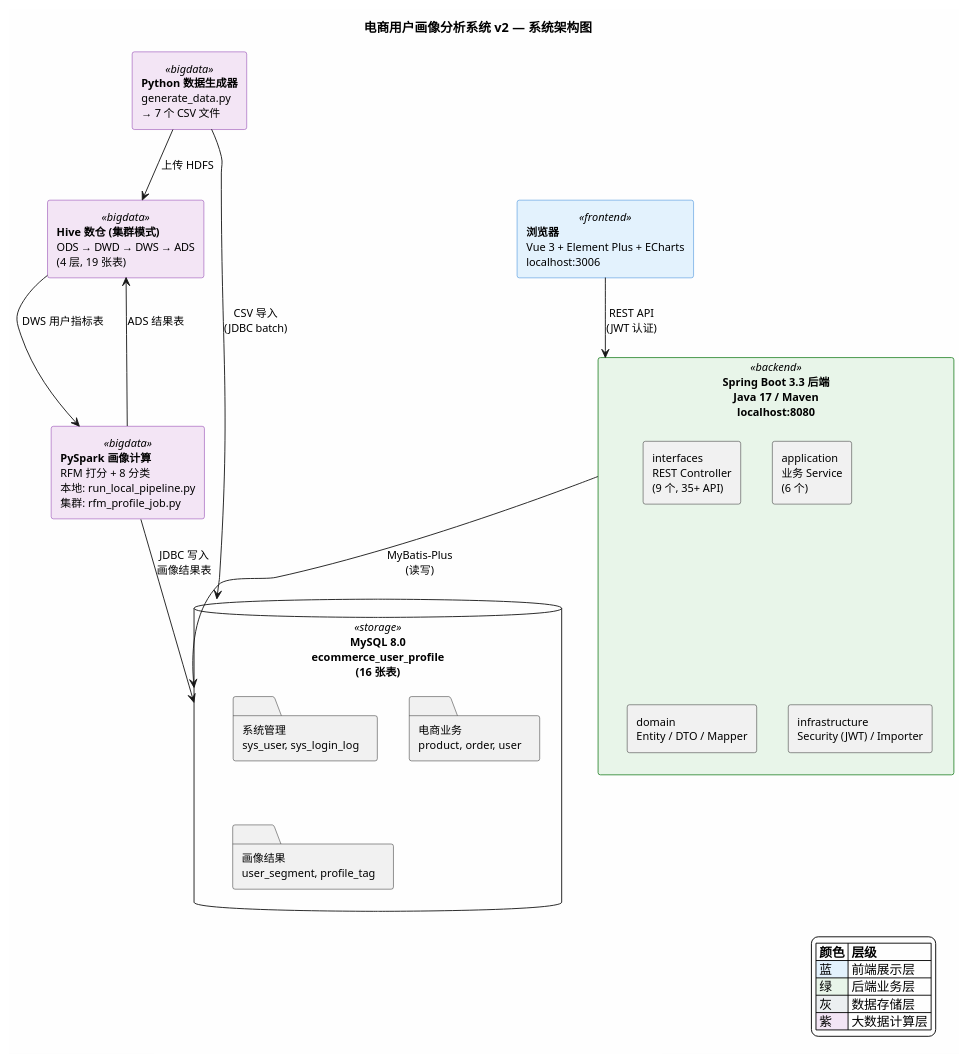
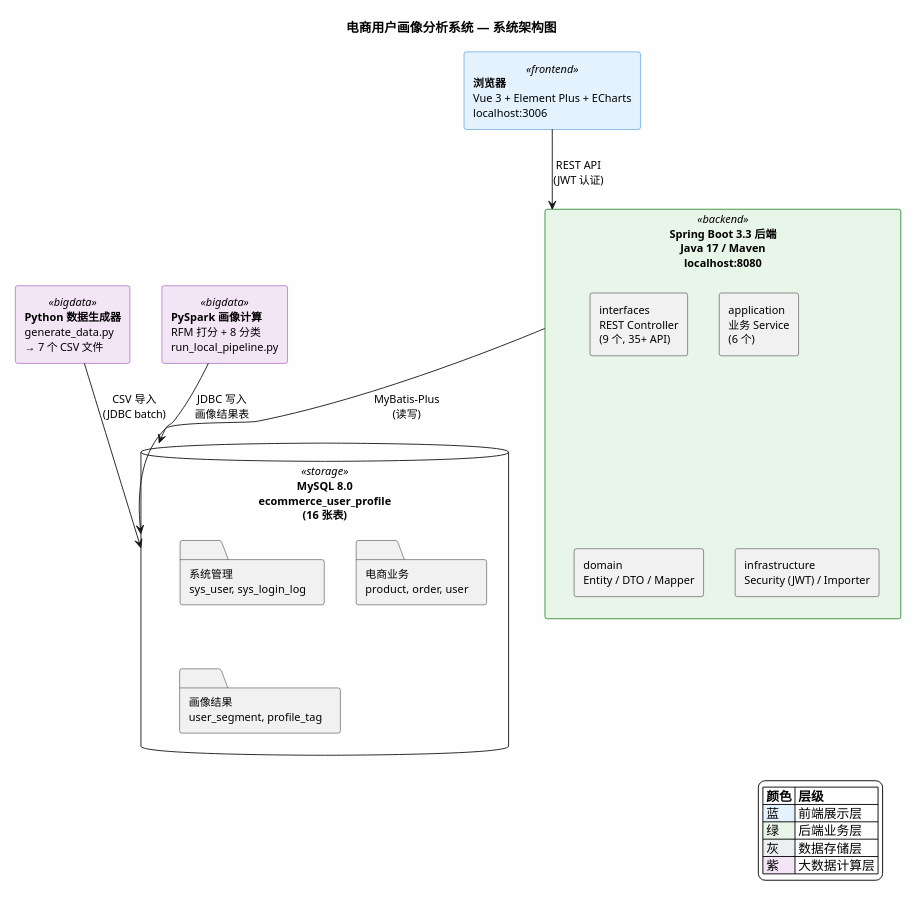
Before and after one commit to ofeng486/ecommerce-user-profile: the diagram in docs/architecture-diagram.puml, drawn with PlantUML. The commit also changed 560 other files, not shown here.

```diff
--- a/docs/architecture-diagram.puml
+++ b/docs/architecture-diagram.puml
@@ -1,74 +1,66 @@
 @startuml 电商用户画像分析系统架构图
 ' ============================================
-' 电商用户画像分析系统 v2 — 系统架构图
+' 电商用户画像分析系统 — 系统架构图
 ' 适用于毕业设计答辩 PPT
 ' ============================================
 
 skinparam backgroundColor #FEFEFE
 skinparam defaultFontName Microsoft YaHei
 skinparam defaultFontSize 12
 skinparam rectangle {
   BackgroundColor<<frontend>> #E3F2FD
   BorderColor<<frontend>> #1976D2
   BackgroundColor<<backend>> #E8F5E9
   BorderColor<<backend>> #388E3C
   BackgroundColor<<data>> #FFF3E0
   BorderColor<<data>> #F57C00
   BackgroundColor<<bigdata>> #F3E5F5
   BorderColor<<bigdata>> #7B1FA2
   BackgroundColor<<storage>> #ECEFF1
   BorderColor<<storage>> #546E7A
 }
 
-title **电商用户画像分析系统 v2 — 系统架构图**
+title **电商用户画像分析系统 — 系统架构图**
 
 ' ── 用户层 ──
 rectangle "**浏览器**\nVue 3 + Element Plus + ECharts\nlocalhost:3006" <<frontend>> as Browser
 
 ' ── 后端层 ──
 rectangle "**Spring Boot 3.3 后端**\nJava 17 / Maven\nlocalhost:8080" <<backend>> as Backend {
   rectangle "interfaces\nREST Controller\n(9 个, 35+ API)" as Ctrl
   rectangle "application\n业务 Service\n(6 个)" as Svc
   rectangle "domain\nEntity / DTO / Mapper" as Domain
   rectangle "infrastructure\nSecurity (JWT) / Importer" as Infra
 }
 
 ' ── 数据库 ──
 database "**MySQL 8.0**\necommerce_user_profile\n(16 张表)" <<storage>> as MySQL {
   folder "系统管理\nsys_user, sys_login_log" as SysTbl
   folder "电商业务\nproduct, order, user" as BizTbl
   folder "画像结果\nuser_segment, profile_tag" as ProfileTbl
 }
 
 ' ── 大数据管线 ──
 rectangle "**Python 数据生成器**\ngenerate_data.py\n→ 7 个 CSV 文件" <<bigdata>> as Gen
 
-rectangle "**Hive 数仓 (集群模式)**\nODS → DWD → DWS → ADS\n(4 层, 19 张表)" <<bigdata>> as Hive
-
-rectangle "**PySpark 画像计算**\nRFM 打分 + 8 分类\n本地: run_local_pipeline.py\n集群: rfm_profile_job.py" <<bigdata>> as Spark
+rectangle "**PySpark 画像计算**\nRFM 打分 + 8 分类\nrun_local_pipeline.py" <<bigdata>> as Spark
 
 ' ── 关系 ──
 Browser --> Backend : REST API\n(JWT 认证)
 
 Backend --> MySQL : MyBatis-Plus\n(读写)
 
 Gen -down-> MySQL : CSV 导入\n(JDBC batch)
-
-Gen -down-> Hive : 上传 HDFS
-
-Hive --> Spark : DWS 用户指标表
-
-Spark -up-> Hive : ADS 结果表
 
 Spark --> MySQL : JDBC 写入\n画像结果表
 
 ' ── 图例 ──
 legend right
   |= 颜色 |= 层级 |
   |<#E3F2FD> 蓝 | 前端展示层 |
   |<#E8F5E9> 绿 | 后端业务层 |
   |<#ECEFF1> 灰 | 数据存储层 |
   |<#F3E5F5> 紫 | 大数据计算层 |
 endlegend
 
 @enduml
```
